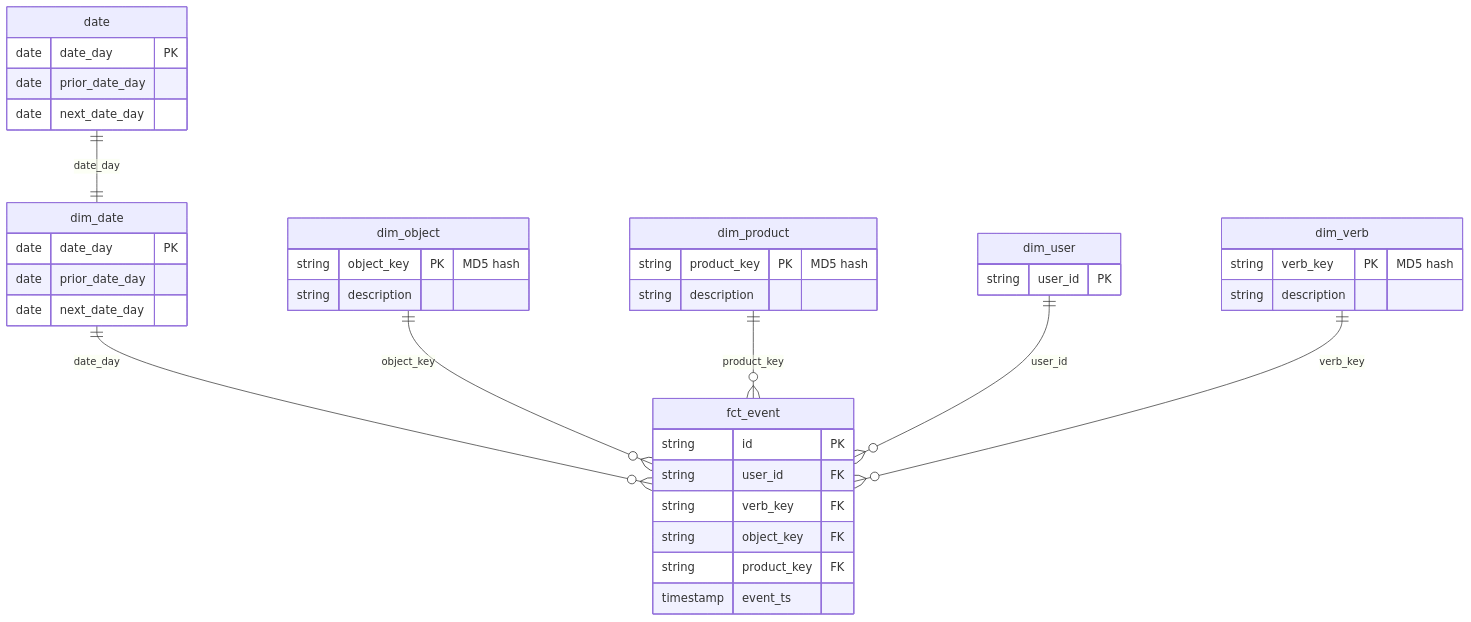
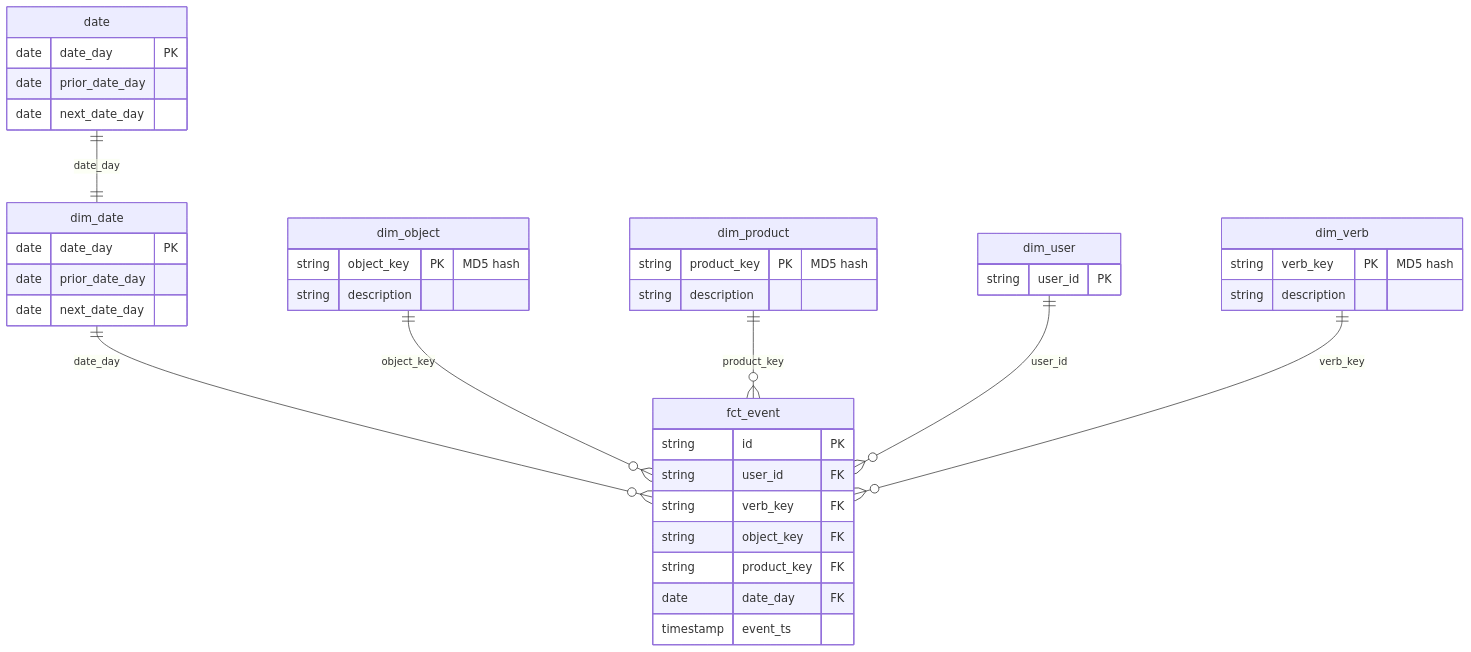
One commit to ilenos/data-model changed the diagram in README.md. Above: the diagram before and after it, drawn with Mermaid.

Commit message:
^fix: modified fct_event to create and use date_day for joins

````diff
--- a/README.md
+++ b/README.md
@@ -47,43 +47,44 @@
 ```mermaid
 erDiagram
     date {
         date date_day PK
         date prior_date_day
         date next_date_day
     }
     dim_date {
         date date_day PK
         date prior_date_day
         date next_date_day
     }
     dim_object {
         string object_key PK "MD5 hash"
         string description
     }
     dim_product {
         string product_key PK "MD5 hash"
         string description
     }
     dim_verb {
         string verb_key PK "MD5 hash"
         string description
     }
     dim_user {
         string user_id PK
     }
     fct_event {
         string id PK
         string user_id FK
         string verb_key FK
         string object_key FK
         string product_key FK
+        date date_day FK
         timestamp event_ts
 
     }
     date ||--|| dim_date:::bg : "date_day"
     dim_date ||--o{ fct_event : "date_day"
     dim_object ||--o{ fct_event : "object_key"
     dim_product ||--o{ fct_event : "product_key"
     dim_user ||--o{ fct_event : "user_id"
     dim_verb ||--o{ fct_event : "verb_key"
 ```
````
